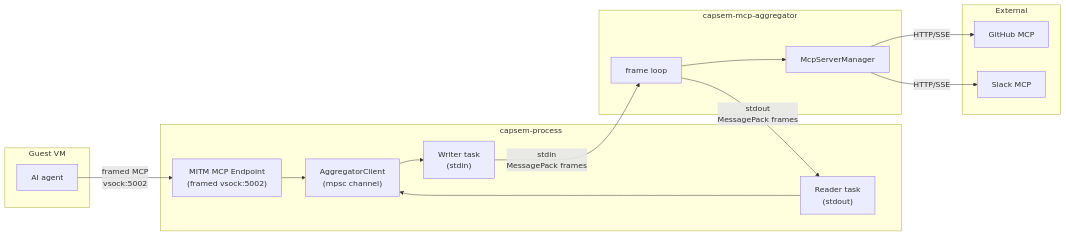
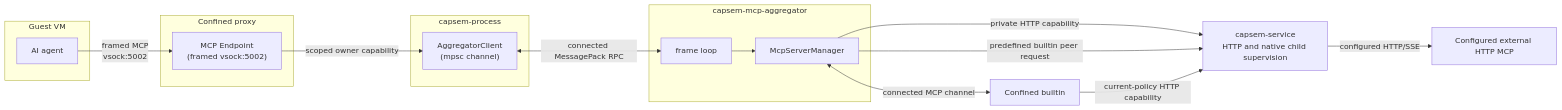
Before and after one commit to google/capsem: the first of 2 diagrams in web/docs/src/content/docs/architecture/mcp-aggregator.md, drawn with Mermaid. The commit also changed other lines of this file and 7 other files, not shown here.

Commit message:
docs(mcp): describe service-owned confined native workers

````diff
--- a/web/docs/src/content/docs/architecture/mcp-aggregator.md
+++ b/web/docs/src/content/docs/architecture/mcp-aggregator.md
@@ -42,33 +45,32 @@
 ```mermaid
 graph LR
     subgraph "Guest VM"
         AGENT["AI agent"]
     end
 
+    subgraph "Confined proxy"
+        EP["MCP Endpoint<br/>(framed vsock:5002)"]
+    end
     subgraph "capsem-process"
-        EP["MITM MCP Endpoint<br/>(framed vsock:5002)"]
         CLIENT["AggregatorClient<br/>(mpsc channel)"]
-        WRITER["Writer task<br/>(stdin)"]
-        READER["Reader task<br/>(stdout)"]
     end
 
     subgraph "capsem-mcp-aggregator"
         MAIN["frame loop"]
         MGR["McpServerManager"]
     end
 
-    subgraph "External"
-        EXT1["GitHub MCP"]
-        EXT2["Slack MCP"]
-    end
+    SERVICE["capsem-service<br/>HTTP and native child supervision"]
+    BUILTIN["Confined builtin"]
+    EXT["Configured external HTTP MCP"]
 
     AGENT -->|"framed MCP<br/>vsock:5002"| EP
-    EP --> CLIENT
-    CLIENT --> WRITER
-    WRITER -->|"stdin<br/>MessagePack frames"| MAIN
+    EP -->|"scoped owner capability"| CLIENT
+    CLIENT <-->|"connected MessagePack RPC"| MAIN
     MAIN --> MGR
-    MGR -->|"HTTP/SSE"| EXT1
-    MGR -->|"HTTP/SSE"| EXT2
-    MAIN -->|"stdout<br/>MessagePack frames"| READER
-    READER --> CLIENT
+    MGR -->|"private HTTP capability"| SERVICE
+    MGR -->|"predefined builtin peer request"| SERVICE
+    MGR <-->|"connected MCP channel"| BUILTIN
+    BUILTIN -->|"current-policy HTTP capability"| SERVICE
+    SERVICE -->|"configured HTTP/SSE"| EXT
 ```
````
